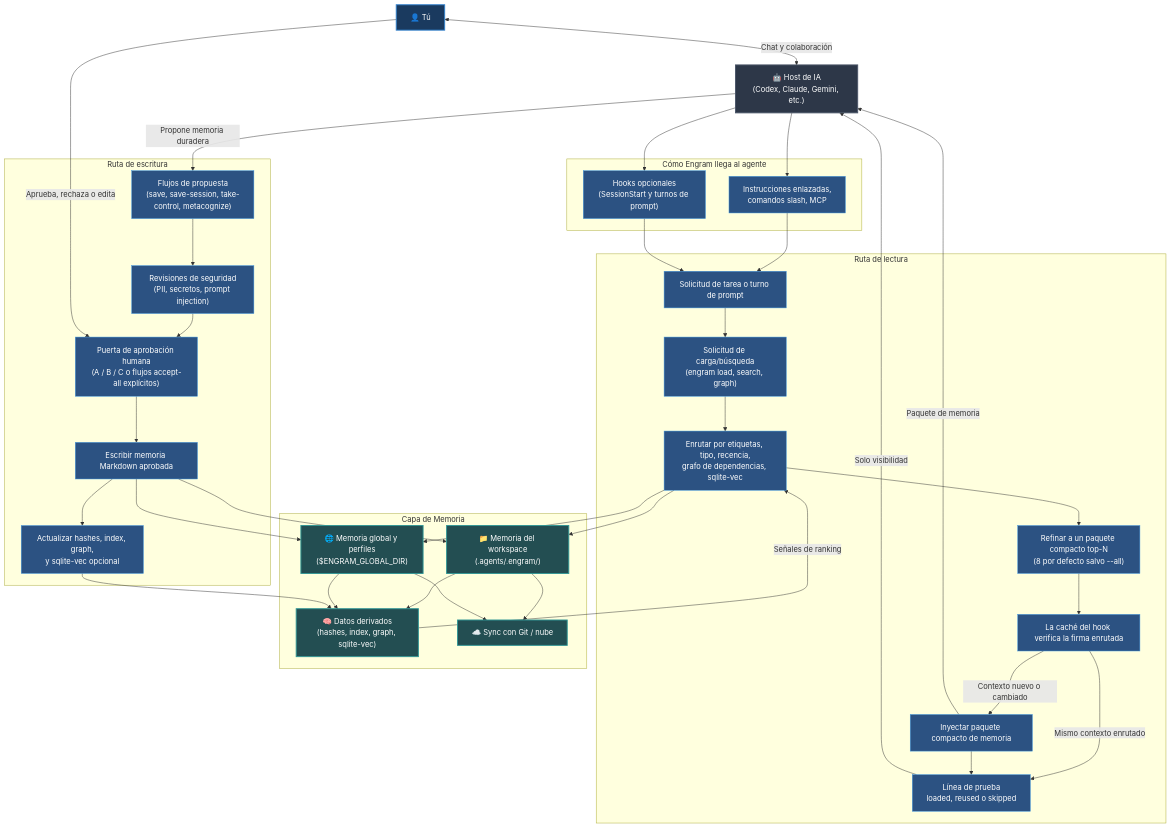
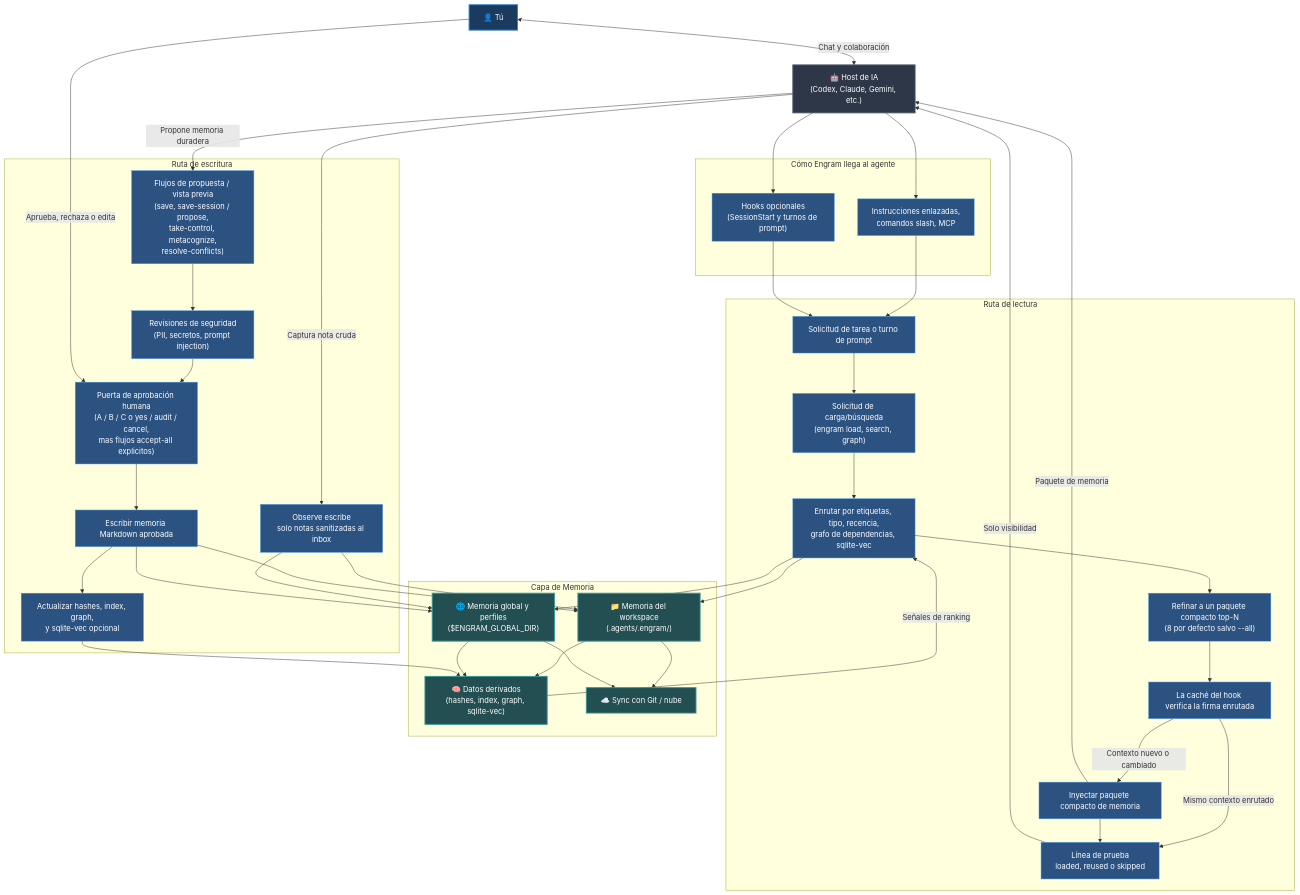
One commit to the-long-ride/engram changed the first of 3 diagrams in documentation/es/README.md. Above: the diagram before and after it, drawn with Mermaid. The commit also changed other lines of this file and 8 other files, not shown here.

Commit message:
docs(engram): add architecture diagrams

````diff
--- a/documentation/es/README.md
+++ b/documentation/es/README.md
@@ -32,71 +32,75 @@
 ```mermaid
 graph TD
     classDef human fill:#1a3a5f,stroke:#3182ce,stroke-width:2px,color:#fff;
     classDef agent fill:#2d3748,stroke:#4a5568,stroke-width:2px,color:#fff;
     classDef storage fill:#234e52,stroke:#319795,stroke-width:2px,color:#fff;
     classDef action fill:#2c5282,stroke:#4299e1,stroke-width:1px,color:#fff;
 
     User["👤 Tú"]:::human
     AI["🤖 Host de IA\n(Codex, Claude, Gemini, etc.)"]:::agent
 
     subgraph Entry ["Cómo Engram llega al agente"]
         Links["Instrucciones enlazadas,\ncomandos slash, MCP"]:::action
         Hooks["Hooks opcionales\n(SessionStart y turnos de prompt)"]:::action
     end
 
     subgraph Read ["Ruta de lectura"]
         Trigger["Solicitud de tarea o turno de prompt"]:::action
         Load["Solicitud de carga/búsqueda\n(engram load, search, graph)"]:::action
         Route["Enrutar por etiquetas, tipo, recencia,\ngrafo de dependencias, sqlite-vec"]:::action
         Refine["Refinar a un paquete compacto top-N\n(8 por defecto salvo --all)"]:::action
         Cache["La caché del hook verifica la firma enrutada"]:::action
         Inject["Inyectar paquete compacto de memoria"]:::action
         Proof["Línea de prueba\nloaded, reused o skipped"]:::action
     end
 
     subgraph Write ["Ruta de escritura"]
-        Proposal["Flujos de propuesta\n(save, save-session, take-control, metacognize)"]:::action
+        Proposal["Flujos de propuesta / vista previa\n(save, save-session / propose,\ntake-control, metacognize,\nresolve-conflicts)"]:::action
+        Observe["Observe escribe\nsolo notas sanitizadas al inbox"]:::action
         Scan["Revisiones de seguridad\n(PII, secretos, prompt injection)"]:::action
-        Review["Puerta de aprobación humana\n(A / B / C o flujos accept-all explícitos)"]:::action
+        Review["Puerta de aprobación humana\n(A / B / C o yes / audit / cancel,\nmas flujos accept-all explicitos)"]:::action
         Persist["Escribir memoria Markdown aprobada"]:::action
         Rebuild["Actualizar hashes, index, graph,\ny sqlite-vec opcional"]:::action
     end
 
     subgraph Memory ["Capa de Memoria"]
         Workspace["📁 Memoria del workspace\n(.agents/.engram/)"]:::storage
         Global["🌐 Memoria global y perfiles\n($ENGRAM_GLOBAL_DIR)"]:::storage
         Derived["🧠 Datos derivados\n(hashes, index, graph, sqlite-vec)"]:::storage
         Sync["☁️ Sync con Git / nube"]:::storage
     end
 
     User <-->|Chat y colaboración| AI
     AI --> Links
     AI --> Hooks
     Links --> Trigger
     Hooks --> Trigger
     Trigger --> Load
     Load --> Route
     Route --> Workspace
     Route --> Global
     Workspace --> Derived
     Global --> Derived
     Derived -->|Señales de ranking| Route
     Route --> Refine
     Refine --> Cache
     Cache -->|Contexto nuevo o cambiado| Inject
     Cache -->|Mismo contexto enrutado| Proof
     Inject -->|Paquete de memoria| AI
     Inject --> Proof
     Proof -->|Solo visibilidad| AI
     AI -->|Propone memoria duradera| Proposal
+    AI -->|Captura nota cruda| Observe
     Proposal --> Scan
     Scan --> Review
     User -->|Aprueba, rechaza o edita| Review
     Review --> Persist
+    Observe --> Workspace
+    Observe --> Global
     Persist --> Workspace
     Persist --> Global
     Persist --> Rebuild
     Rebuild --> Derived
     Workspace --> Sync
     Global --> Sync
 ```
````
